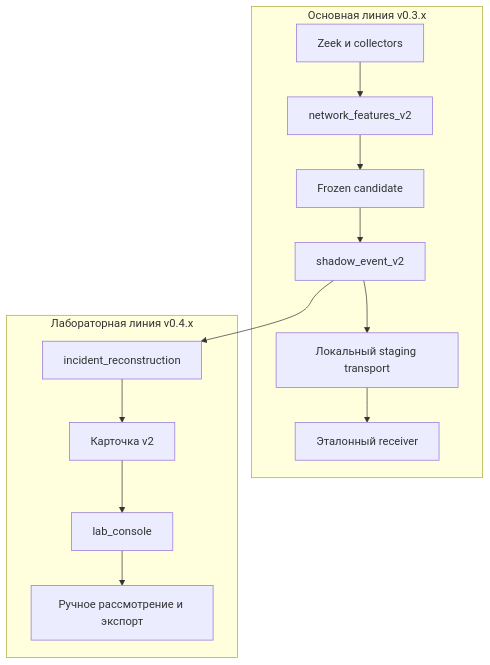
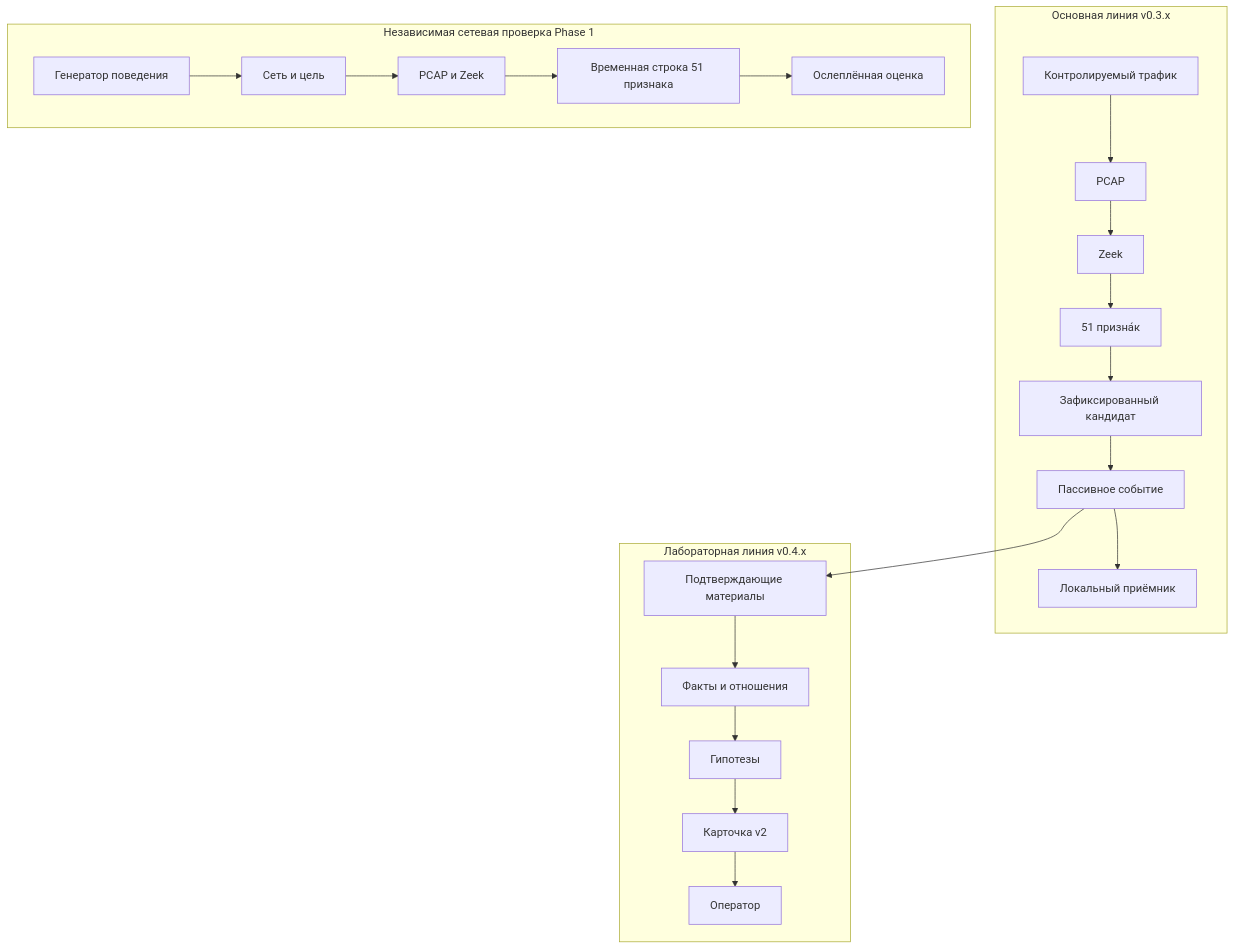
One commit to mikuliv/filin changed the first of 2 diagrams in docs/architecture/overview.md. Above: the diagram before and after it, drawn with Mermaid. The commit also changed other lines of this file and 40 other files, not shown here.

````diff
--- a/docs/architecture/overview.md
+++ b/docs/architecture/overview.md
@@ -8,16 +7,14 @@
 ```mermaid
 flowchart TB
     subgraph MAIN["Основная линия v0.3.x"]
-        Z["Zeek и collectors"] --> F["network_features_v2"]
-        F --> M["Frozen candidate"]
-        M --> E["shadow_event_v2"]
-        E --> S["Локальный staging transport"]
-        S --> R["Эталонный receiver"]
+        T["Контролируемый трафик"] --> P["PCAP"] --> Z["Zeek"] --> F["51 призна́к"]
+        F --> M["Зафиксированный кандидат"] --> E["Пассивное событие"] --> R["Локальный приёмник"]
     end
     subgraph LAB["Лабораторная линия v0.4.x"]
-        E --> IR["incident_reconstruction"]
-        IR --> C["Карточка v2"]
-        C --> LC["lab_console"]
-        LC --> O["Ручное рассмотрение и экспорт"]
+        E --> Q["Подтверждающие материалы"] --> I["Факты и отношения"] --> H["Гипотезы"] --> C["Карточка v2"] --> O["Оператор"]
+    end
+    subgraph NET["Независимая сетевая проверка Phase 1"]
+        G["Генератор поведения"] --> N["Сеть и цель"] --> CP["PCAP и Zeek"] --> X["Временная строка 51 признака"]
+        X --> B["Ослеплённая оценка"]
     end
 ```
````
